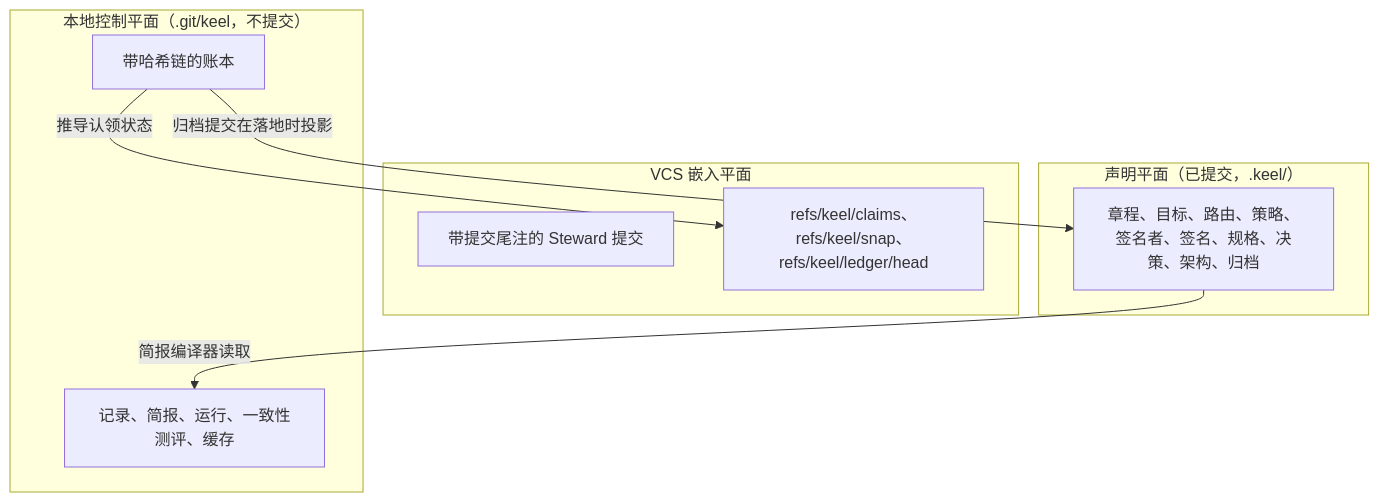
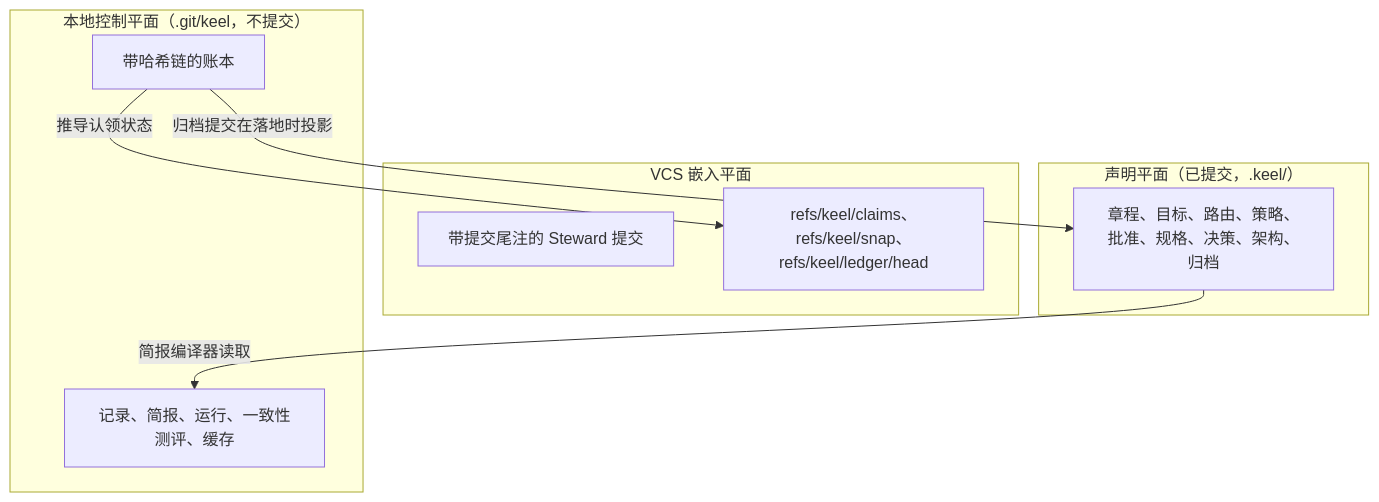
The diagram in docs/adr/ADR-0003-control-plane-in-git-common-dir.zh-CN.md (Qither/keel), drawn with Mermaid before and after one commit. The commit also changed other lines of this file and 130 other files, not shown here.

````diff
--- a/docs/adr/ADR-0003-control-plane-in-git-common-dir.zh-CN.md
+++ b/docs/adr/ADR-0003-control-plane-in-git-common-dir.zh-CN.md
@@ -31,17 +31,17 @@
 ```mermaid
 flowchart TB
   subgraph declared["声明平面（已提交，.keel/）"]
-    d1["章程、目标、路由、策略、签名者、签名、规格、决策、架构、归档"]
+    d1["章程、目标、路由、策略、批准、规格、决策、架构、归档"]
   end
   subgraph vcs["VCS 嵌入平面"]
     v1["带提交尾注的 Steward 提交"]
     v2["refs/keel/claims、refs/keel/snap、refs/keel/ledger/head"]
   end
   subgraph local["本地控制平面（.git/keel，不提交）"]
     l1["带哈希链的账本"]
     l2["记录、简报、运行、一致性测评、缓存"]
   end
   l1 -->|"归档提交在落地时投影"| d1
   l1 -->|"推导认领状态"| v2
   d1 -->|"简报编译器读取"| l2
 ```
````
